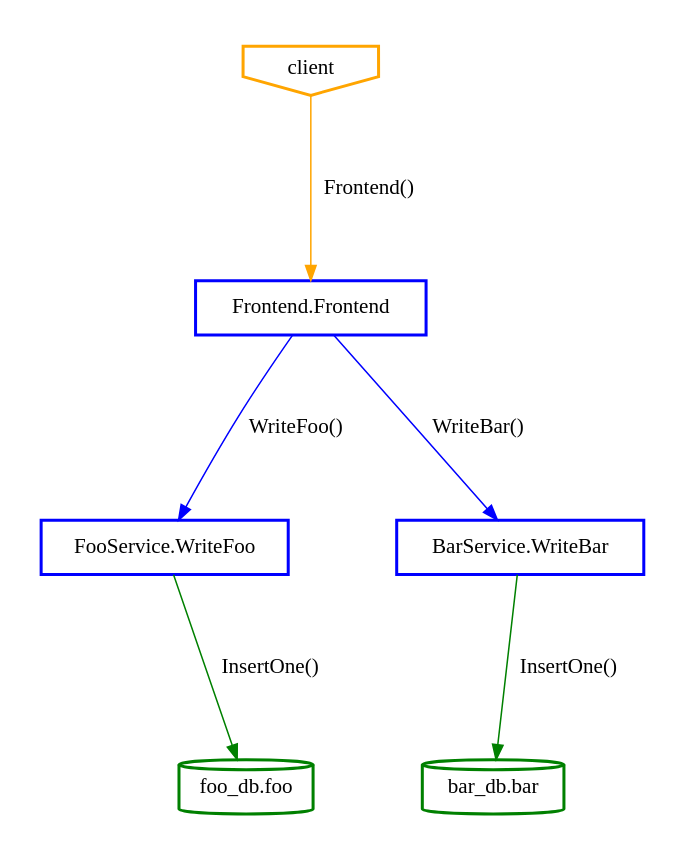
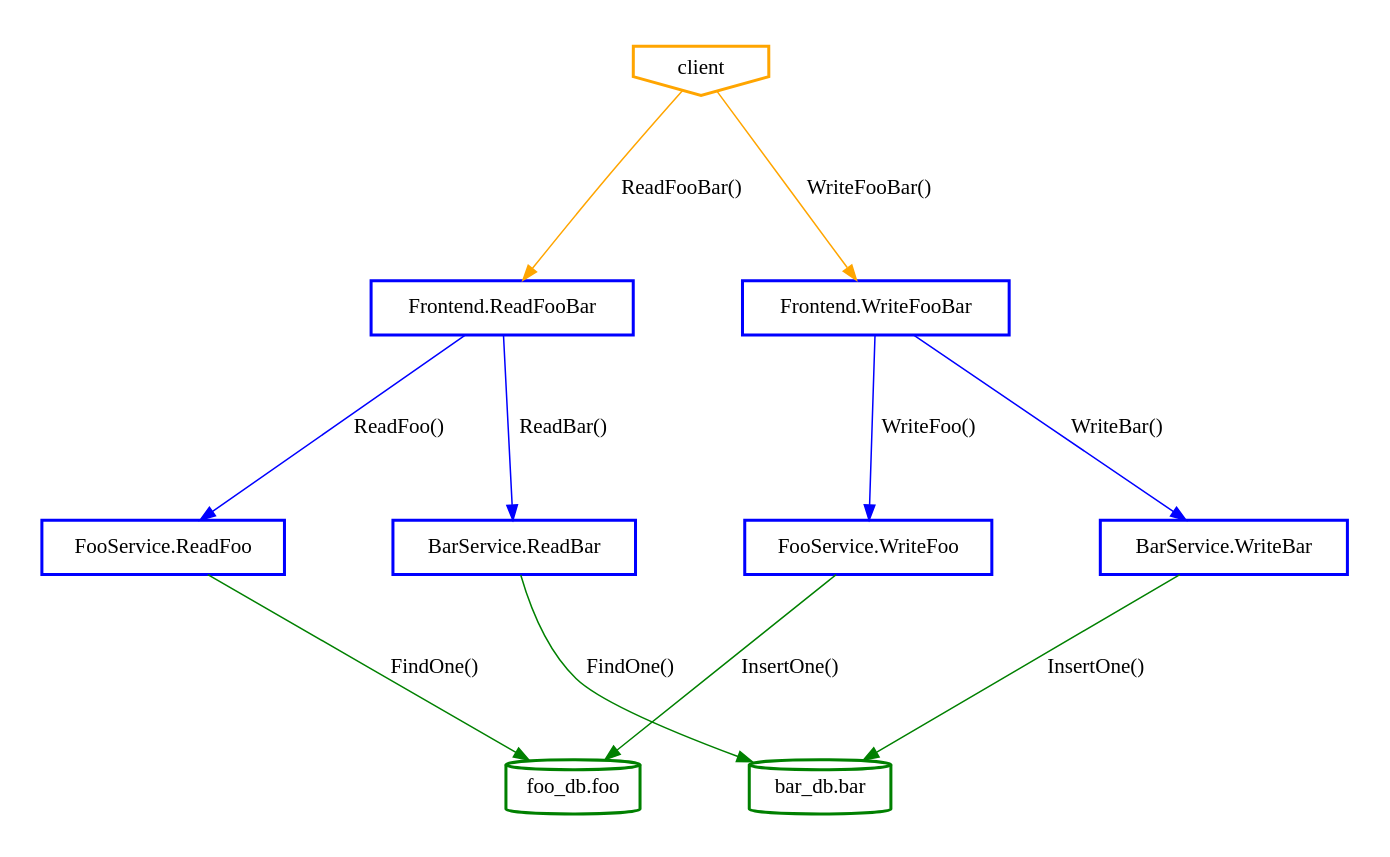
Before and after one commit to aletheia-microservices/aletheia: the diagram in ssa_analysis/analyzer/output/foobar/abstractcallgraph.dot, drawn with Graphviz. The commit also changed 185 other files, not shown here.

```diff
--- a/ssa_analysis/analyzer/output/foobar/abstractcallgraph.dot
+++ b/ssa_analysis/analyzer/output/foobar/abstractcallgraph.dot
@@ -1,25 +1,33 @@
 digraph G {
 	rankdir=TD;
 	ranksep=1.5;
 	nodesep=1;
 	subgraph cluster_clients {
 		style=invis;
 		N_client [label="client", style=bold, shape=invhouse, color="orange"];
 	}
 	subgraph cluster_services {
 		style=invis;
-		N_Frontend_Frontend [label="Frontend.Frontend", style=bold, shape=box, color="blue"];
+		N_Frontend_ReadFooBar [label="Frontend.ReadFooBar", style=bold, shape=box, color="blue"];
+		N_FooService_ReadFoo [label="FooService.ReadFoo", style=bold, shape=box, color="blue"];
+		N_Frontend_WriteFooBar [label="Frontend.WriteFooBar", style=bold, shape=box, color="blue"];
 		N_FooService_WriteFoo [label="FooService.WriteFoo", style=bold, shape=box, color="blue"];
+		N_BarService_ReadBar [label="BarService.ReadBar", style=bold, shape=box, color="blue"];
 		N_BarService_WriteBar [label="BarService.WriteBar", style=bold, shape=box, color="blue"];
 	}
 	subgraph cluster_databases {
 		style=invis;
+		N_foo_db_foo [label="foo_db.foo", style=bold, shape=cylinder, color="green"];
 		N_bar_db_bar [label="bar_db.bar", style=bold, shape=cylinder, color="green"];
-		N_foo_db_foo [label="foo_db.foo", style=bold, shape=cylinder, color="green"];
 	}
-	N_client -> N_Frontend_Frontend [label="Frontend()", color=orange];
-	N_Frontend_Frontend -> N_FooService_WriteFoo [label="WriteFoo()", color=blue];
-	N_Frontend_Frontend -> N_BarService_WriteBar [label="WriteBar()", color=blue];
+	N_client -> N_Frontend_WriteFooBar [label="WriteFooBar()", color=orange];
+	N_Frontend_WriteFooBar -> N_FooService_WriteFoo [label="WriteFoo()", color=blue];
+	N_Frontend_WriteFooBar -> N_BarService_WriteBar [label="WriteBar()", color=blue];
 	N_FooService_WriteFoo -> N_foo_db_foo [label="InsertOne()", color=green];
 	N_BarService_WriteBar -> N_bar_db_bar [label="InsertOne()", color=green];
+	N_client -> N_Frontend_ReadFooBar [label="ReadFooBar()", color=orange];
+	N_Frontend_ReadFooBar -> N_FooService_ReadFoo [label="ReadFoo()", color=blue];
+	N_Frontend_ReadFooBar -> N_BarService_ReadBar [label="ReadBar()", color=blue];
+	N_FooService_ReadFoo -> N_foo_db_foo [label="FindOne()", color=green];
+	N_BarService_ReadBar -> N_bar_db_bar [label="FindOne()", color=green];
 }
```
